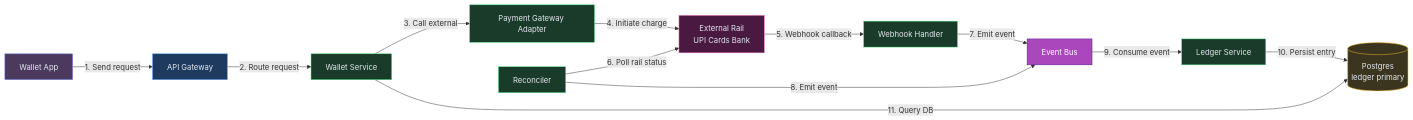
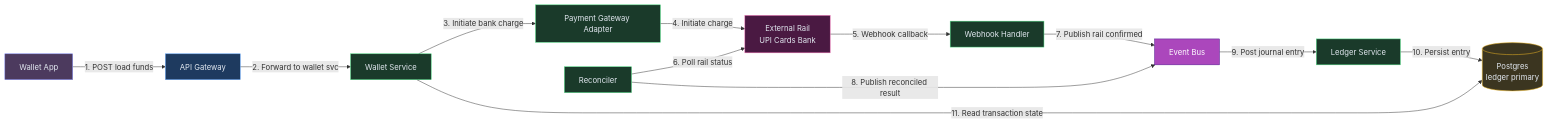
The third of 10 diagrams in content/hld/DigitalWallet.md (iluzn/HLD-Designs), drawn with Mermaid before and after one commit. The commit also changed other lines of this file and 27 other files, not shown here.

````diff
--- a/content/hld/DigitalWallet.md
+++ b/content/hld/DigitalWallet.md
@@ -260,32 +260,32 @@
 ```mermaid
 flowchart LR
     APP["Wallet App"]:::client
     GW["API Gateway"]:::edge
     WS["Wallet Service"]:::service
     PS["Payment Gateway Adapter"]:::service
     WH["Webhook Handler"]:::service
     REC["Reconciler"]:::service
     L["Ledger Service"]:::service
     DB[("Postgres<br/>ledger primary")]:::data
     K["Event Bus"]:::async
     BANK["External Rail<br/>UPI Cards Bank"]:::external
 
-    APP -->|"1. Send request"| GW
-    GW -->|"2. Route request"| WS
-    WS -->|"3. Call external"| PS
+    APP -->|"1. POST load funds"| GW
+    GW -->|"2. Forward to wallet svc"| WS
+    WS -->|"3. Initiate bank charge"| PS
     PS -->|"4. Initiate charge"| BANK
     BANK -->|"5. Webhook callback"| WH
     REC -->|"6. Poll rail status"| BANK
-    WH -->|"7. Emit event"| K
-    REC -->|"8. Emit event"| K
-    K -->|"9. Consume event"| L
+    WH -->|"7. Publish rail confirmed"| K
+    REC -->|"8. Publish reconciled result"| K
+    K -->|"9. Post journal entry"| L
     L -->|"10. Persist entry"| DB
-    WS -->|"11. Query DB"| DB
+    WS -->|"11. Read transaction state"| DB
 
     classDef client fill:#4c3a5e,stroke:#818cf8,color:#e2e8f0
     classDef edge fill:#1e3a5f,stroke:#60a5fa,color:#e2e8f0
     classDef service fill:#1a3a2a,stroke:#4ade80,color:#e2e8f0
     classDef async fill:#AB47BC,stroke:#4A148C,color:#fff
     classDef data fill:#3b3520,stroke:#fbbf24,color:#e2e8f0
     classDef external fill:#4a1942,stroke:#f472b6,color:#e2e8f0
 ```
````
